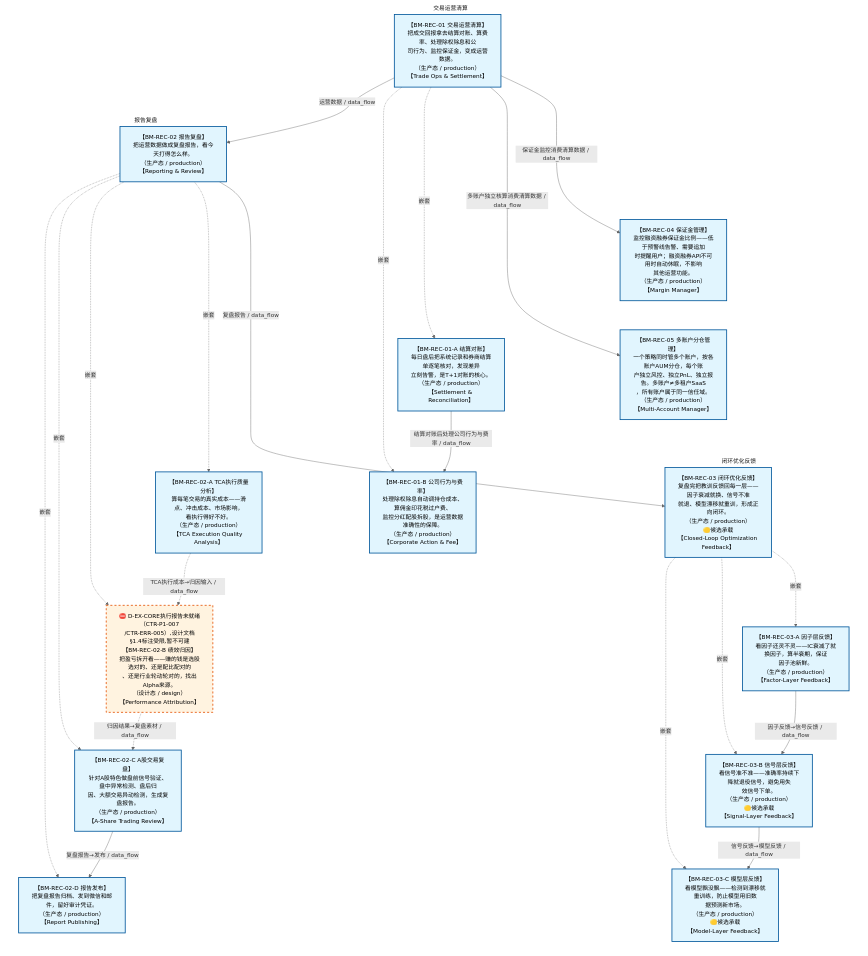
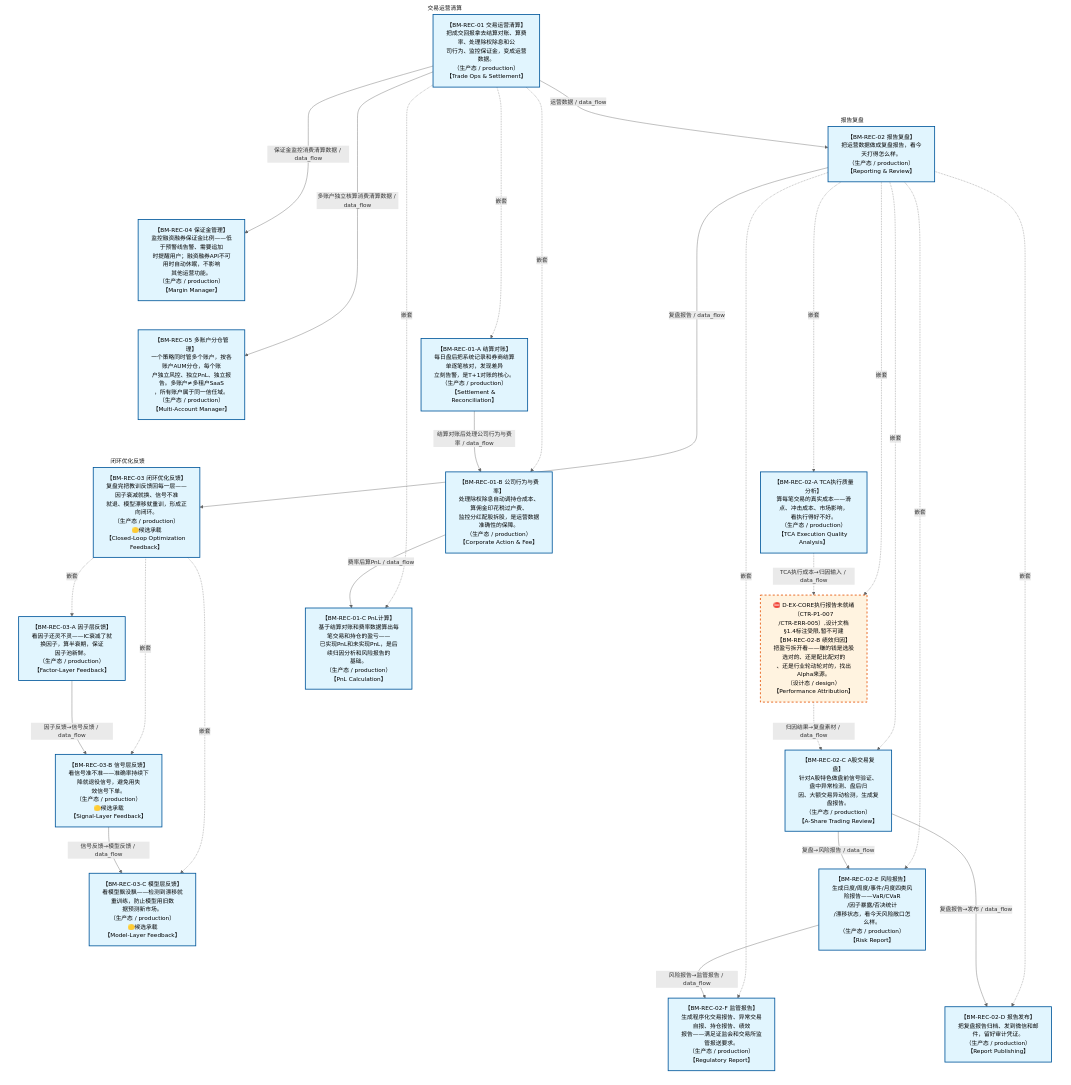
One commit to xuanFelixVan/ZephyrAlpha changed the diagram in docs/02_enterprise_architecture/07_trading_decision_architecture/battle_map/battle_map_11_reconciliation.md. Above: the diagram before and after it, drawn with Mermaid. The commit also changed other lines of this file and 1 other file, not shown here.

First line of the commit message:
feat(battle_map): 对账阶段第二轮丰富——新增PnL计算/风险报告/监管报告3子环节

````diff
--- a/docs/02_enterprise_architecture/07_trading_decision_architecture/battle_map/battle_map_11_reconciliation.md
+++ b/docs/02_enterprise_architecture/07_trading_decision_architecture/battle_map/battle_map_11_reconciliation.md
@@ -38,54 +38,64 @@
 ```mermaid
 %%{init: {'theme': 'base', 'themeVariables': {'primaryColor': '#eaeaea', 'primaryTextColor': '#333333', 'primaryBorderColor': '#666666', 'lineColor': '#666666', 'secondaryColor': '#eaeaea', 'tertiaryColor': '#eaeaea', 'clusterBkg': 'transparent', 'clusterBorder': 'transparent', 'fontSize': '14px'}}}%%
 %% 对账阶段图
 flowchart TD
     subgraph sg_BM_REC_01 ["交易运营清算"]
         BM_REC_01["【BM-REC-01 交易运营清算】<br/>把成交回报拿去结算对账、算费率、处理除权除息和公<br/>司行为、监控保证金，变成运营数据。<br/>（生产态 / production）<br/>【Trade Ops &amp; Settlement】"]
         BM_REC_01_A["【BM-REC-01-A 结算对账】<br/>每日盘后把系统记录和券商结算单逐笔核对，发现差异<br/>立刻告警，是T+1对账的核心。<br/>（生产态 / production）<br/>【Settlement &amp; Reconciliation】"]
         BM_REC_01_B["【BM-REC-01-B 公司行为与费率】<br/>处理除权除息自动调持仓成本、算佣金印花税过户费、<br/>监控分红配股拆股，是运营数据准确性的保障。<br/>（生产态 / production）<br/>【Corporate Action &amp; Fee】"]
+        BM_REC_01_C["【BM-REC-01-C PnL计算】<br/>基于结算对账和费率数据算出每笔交易和持仓的盈亏——<br/>已实现PnL和未实现PnL，是后续归因分析和风险报告的<br/>基础。<br/>（生产态 / production）<br/>【PnL Calculation】"]
         BM_REC_01 -.->|嵌套| BM_REC_01_A
         BM_REC_01 -.->|嵌套| BM_REC_01_B
+        BM_REC_01 -.->|嵌套| BM_REC_01_C
     end
     subgraph sg_BM_REC_02 ["报告复盘"]
         BM_REC_02["【BM-REC-02 报告复盘】<br/>把运营数据做成复盘报告，看今天打得怎么样。<br/>（生产态 / production）<br/>【Reporting &amp; Review】"]
+        BM_REC_02_E["【BM-REC-02-E 风险报告】<br/>生成日度/周度/事件/月度四类风险报告——VaR/CVaR<br/>/因子暴露/否决统计<br/>/漂移状态，看今天风险敞口怎么样。<br/>（生产态 / production）<br/>【Risk Report】"]
+        BM_REC_02_F["【BM-REC-02-F 监管报告】<br/>生成程序化交易报告、异常交易自报、持仓报告、绩效<br/>报告——满足证监会和交易所监管报送要求。<br/>（生产态 / production）<br/>【Regulatory Report】"]
         BM_REC_02_A["【BM-REC-02-A TCA执行质量分析】<br/>算每笔交易的真实成本——滑点、冲击成本、市场影响，<br/>看执行得好不好。<br/>（生产态 / production）<br/>【TCA Execution Quality Analysis】"]
         BM_REC_02_B["⛔ D-EX-CORE执行报告未就绪（CTR-P1-007<br/>/CTR-ERR-005）,设计文档§1.4标注受限,暂不可建<br/>【BM-REC-02-B 绩效归因】<br/>把盈亏拆开看——赚的钱是选股选对的、还是配比配对的<br/>、还是行业轮动轮对的，找出Alpha来源。<br/>（设计态 / design）<br/>【Performance Attribution】"]
         BM_REC_02_C["【BM-REC-02-C A股交易复盘】<br/>针对A股特色做盘前信号验证、盘中异常检测、盘后归<br/>因、大额交易异动检测，生成复盘报告。<br/>（生产态 / production）<br/>【A-Share Trading Review】"]
         BM_REC_02_D["【BM-REC-02-D 报告发布】<br/>把复盘报告归档、发到微信和邮件，留好审计凭证。<br/>（生产态 / production）<br/>【Report Publishing】"]
+        BM_REC_02 -.->|嵌套| BM_REC_02_E
+        BM_REC_02 -.->|嵌套| BM_REC_02_F
         BM_REC_02 -.->|嵌套| BM_REC_02_A
         BM_REC_02 -.->|嵌套| BM_REC_02_B
         BM_REC_02 -.->|嵌套| BM_REC_02_C
         BM_REC_02 -.->|嵌套| BM_REC_02_D
     end
     subgraph sg_BM_REC_03 ["闭环优化反馈"]
         BM_REC_03["【BM-REC-03 闭环优化反馈】<br/>复盘完把教训反馈回每一层——因子衰减就换、信号不准<br/>就退、模型漂移就重训，形成正向闭环。<br/>（生产态 / production）<br/>🟡候选承载<br/>【Closed-Loop Optimization Feedback】"]
         BM_REC_03_A["【BM-REC-03-A 因子层反馈】<br/>看因子还灵不灵——IC衰减了就换因子，算半衰期，保证<br/>因子池新鲜。<br/>（生产态 / production）<br/>【Factor-Layer Feedback】"]
         BM_REC_03_B["【BM-REC-03-B 信号层反馈】<br/>看信号准不准——准确率持续下降就退役信号，避免用失<br/>效信号下单。<br/>（生产态 / production）<br/>🟡候选承载<br/>【Signal-Layer Feedback】"]
         BM_REC_03_C["【BM-REC-03-C 模型层反馈】<br/>看模型飘没飘——检测到漂移就重训练，防止模型用旧数<br/>据预测新市场。<br/>（生产态 / production）<br/>🟡候选承载<br/>【Model-Layer Feedback】"]
         BM_REC_03 -.->|嵌套| BM_REC_03_A
         BM_REC_03 -.->|嵌套| BM_REC_03_B
         BM_REC_03 -.->|嵌套| BM_REC_03_C
     end
     BM_REC_04["【BM-REC-04 保证金管理】<br/>监控融资融券保证金比例——低于预警线告警、需要追加<br/>时提醒用户；融资融券API不可用时自动休眠，不影响<br/>其他运营功能。<br/>（生产态 / production）<br/>【Margin Manager】"]
     BM_REC_05["【BM-REC-05 多账户分仓管理】<br/>一个策略同时管多个账户，按各账户AUM分仓，每个账<br/>户独立风控、独立PnL、独立报告。多账户≠多租户SaaS<br/>，所有账户属于同一信任域。<br/>（生产态 / production）<br/>【Multi-Account Manager】"]
     BM_REC_01 ~~~ BM_REC_01_A ~~~ BM_REC_02_A ~~~ BM_REC_03_A
     BM_REC_02 ~~~ BM_REC_04 ~~~ BM_REC_05 ~~~ BM_REC_01_B ~~~ BM_REC_02_B ~~~ BM_REC_03_B
-    BM_REC_03 ~~~ BM_REC_02_C ~~~ BM_REC_03_C
+    BM_REC_03 ~~~ BM_REC_01_C ~~~ BM_REC_02_C ~~~ BM_REC_03_C
+    BM_REC_02_E ~~~ BM_REC_02_D
     BM_REC_01 -->|运营数据 / data_flow| BM_REC_02
     BM_REC_02 -->|复盘报告 / data_flow| BM_REC_03
     BM_REC_01 -->|保证金监控消费清算数据 / data_flow| BM_REC_04
     BM_REC_01 -->|多账户独立核算消费清算数据 / data_flow| BM_REC_05
     BM_REC_01_A -->|结算对账后处理公司行为与费率 / data_flow| BM_REC_01_B
     BM_REC_02_A -.->|TCA执行成本→归因输入 / data_flow| BM_REC_02_B
     BM_REC_02_B -.->|归因结果→复盘素材 / data_flow| BM_REC_02_C
     BM_REC_02_C -->|复盘报告→发布 / data_flow| BM_REC_02_D
     BM_REC_03_A -->|因子反馈→信号反馈 / data_flow| BM_REC_03_B
     BM_REC_03_B -->|信号反馈→模型反馈 / data_flow| BM_REC_03_C
+    BM_REC_01_B -->|费率后算PnL / data_flow| BM_REC_01_C
+    BM_REC_02_C -->|复盘→风险报告 / data_flow| BM_REC_02_E
+    BM_REC_02_E -->|风险报告→监管报告 / data_flow| BM_REC_02_F
 classDef production fill:#e1f5fe,stroke:#01579b,stroke-width:2px,color:#000
 classDef design fill:#fff3e0,stroke:#e65100,stroke-width:2px,color:#000,stroke-dasharray: 5 5
 classDef deprecated fill:#ffebee,stroke:#c62828,stroke-width:2px,color:#000
 classDef missing fill:#eeeeee,stroke:#9e9e9e,stroke-width:2px,color:#000
 classDef candidate fill:#fffde7,stroke:#f9a825,stroke-width:2px,color:#000,stroke-dasharray: 5 5
-    class BM_REC_01,BM_REC_02,BM_REC_03,BM_REC_04,BM_REC_05,BM_REC_01_A,BM_REC_01_B,BM_REC_02_A,BM_REC_02_C,BM_REC_02_D,BM_REC_03_A,BM_REC_03_B,BM_REC_03_C production
+    class BM_REC_01,BM_REC_02,BM_REC_03,BM_REC_04,BM_REC_05,BM_REC_01_A,BM_REC_01_B,BM_REC_01_C,BM_REC_02_E,BM_REC_02_F,BM_REC_02_A,BM_REC_02_C,BM_REC_02_D,BM_REC_03_A,BM_REC_03_B,BM_REC_03_C production
     class BM_REC_02_B design
 ```
````
